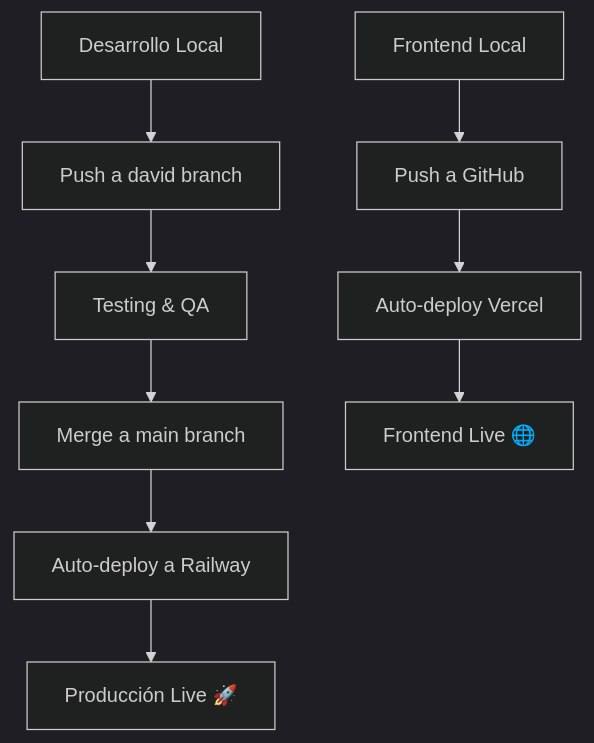
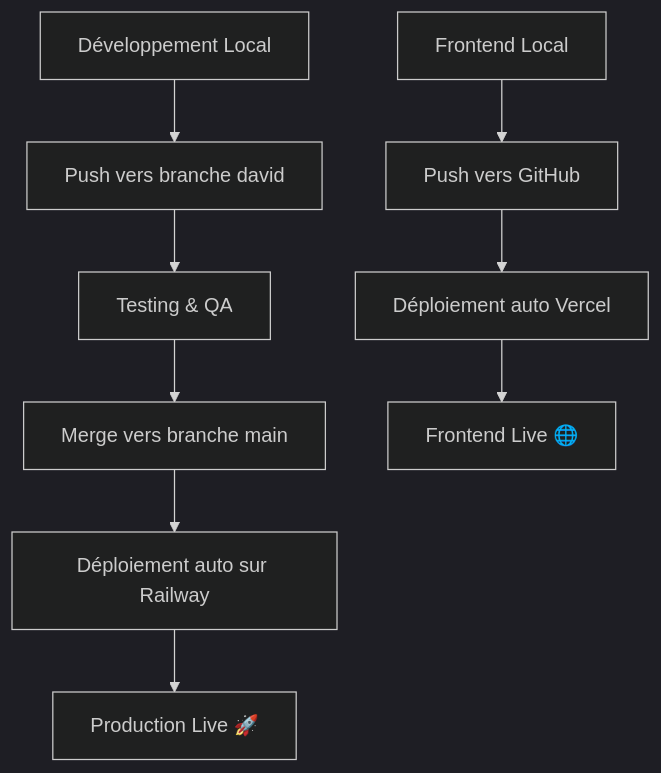
Before and after one commit to DavidBonvin/stockchef-back: the diagram in DEPLOY-PRODUCTION-GUIDE.md, drawn with Mermaid (dark theme). The commit also changed other lines of this file and 13 other files, not shown here.

````diff
--- a/DEPLOY-PRODUCTION-GUIDE.md
+++ b/DEPLOY-PRODUCTION-GUIDE.md
@@ -128,12 +128,12 @@
 ```mermaid
 graph TD
-    A[Desarrollo Local] --> B[Push a david branch]
+    A[Développement Local] --> B[Push vers branche david]
     B --> C[Testing & QA]
-    C --> D[Merge a main branch] 
-    D --> E[Auto-deploy a Railway]
-    E --> F[Producción Live 🚀]
+    C --> D[Merge vers branche main] 
+    D --> E[Déploiement auto sur Railway]
+    E --> F[Production Live 🚀]
     
-    G[Frontend Local] --> H[Push a GitHub]
-    H --> I[Auto-deploy Vercel]
+    G[Frontend Local] --> H[Push vers GitHub]
+    H --> I[Déploiement auto Vercel]
     I --> J[Frontend Live 🌐]
 ```
````
